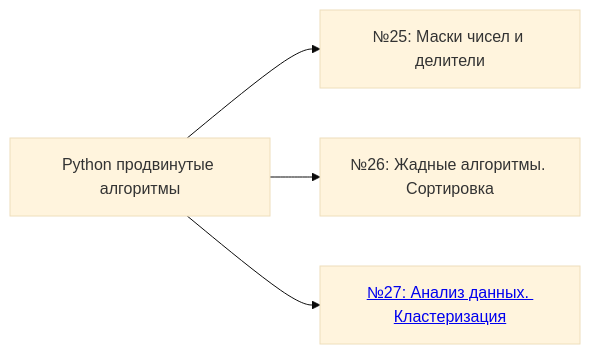
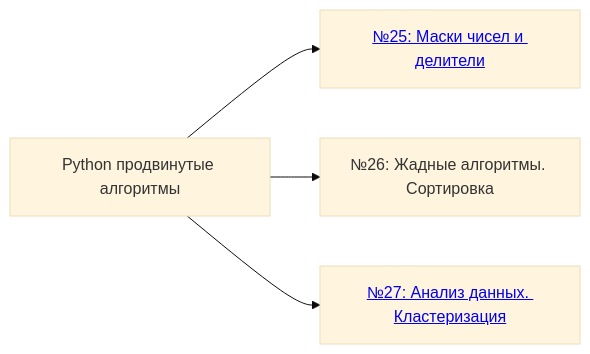
Before and after one commit to mueqee/spbpu-inf-course: the sixth of 6 diagrams in README.md, drawn with Mermaid (base theme). The commit also changed 1 other file, not shown here.

````diff
--- a/README.md
+++ b/README.md
@@ -162,9 +162,10 @@
 ```mermaid
 flowchart LR
   T6["Python продвинутые алгоритмы"]
-  T6 --> T6a["№25: Маски чисел и делители"]
+  T6 --> T6a["<a href='https://github.com/mueqee/spbpu-inf-course/tree/2026/%D0%97%D0%B0%D0%B4%D0%B0%D0%BD%D0%B8%D0%B5_25_%D0%9C%D0%B0%D1%81%D0%BA%D0%B8_%D1%87%D0%B8%D1%81%D0%B5%D0%BB_%D0%B8_%D0%B4%D0%B5%D0%BB%D0%B8%D1%82%D0%B5%D0%BB%D0%B8'>№25: Маски чисел и делители</a>"]
   T6 --> T6b["№26: Жадные алгоритмы. Сортировка"]
   T6 --> T6c["<a href='https://github.com/mueqee/spbpu-inf-course/tree/2026/%D0%97%D0%B0%D0%B4%D0%B0%D0%BD%D0%B8%D0%B5_27_%D0%90%D0%BD%D0%B0%D0%BB%D0%B8%D0%B7_%D0%B4%D0%B0%D0%BD%D0%BD%D1%8B%D1%85'>№27: Анализ данных. Кластеризация</a>"]
 
+  click T6a "https://github.com/mueqee/spbpu-inf-course/tree/2026/%D0%97%D0%B0%D0%B4%D0%B0%D0%BD%D0%B8%D0%B5_25_%D0%9C%D0%B0%D1%81%D0%BA%D0%B8_%D1%87%D0%B8%D1%81%D0%B5%D0%BB_%D0%B8_%D0%B4%D0%B5%D0%BB%D0%B8%D1%82%D0%B5%D0%BB%D0%B8"
   click T6c "https://github.com/mueqee/spbpu-inf-course/tree/2026/%D0%97%D0%B0%D0%B4%D0%B0%D0%BD%D0%B8%D0%B5_27_%D0%90%D0%BD%D0%B0%D0%BB%D0%B8%D0%B7_%D0%B4%D0%B0%D0%BD%D0%BD%D1%8B%D1%85"
 ```
````
